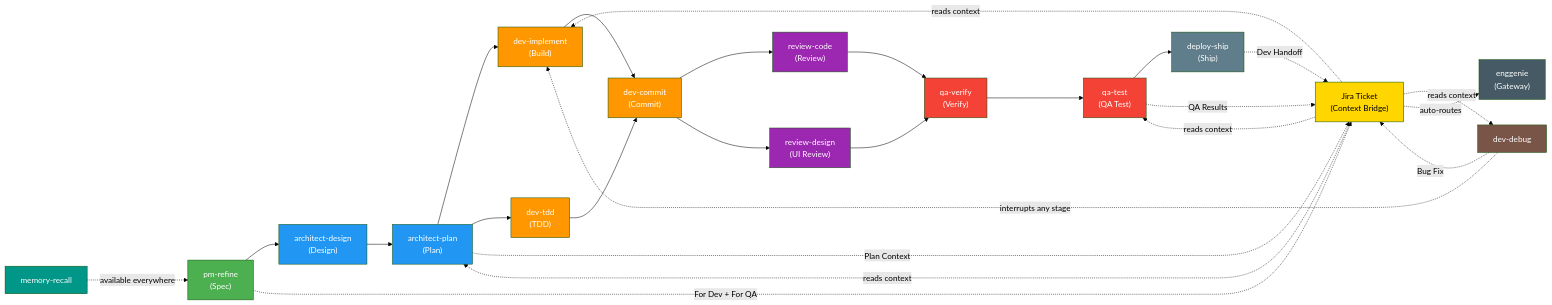
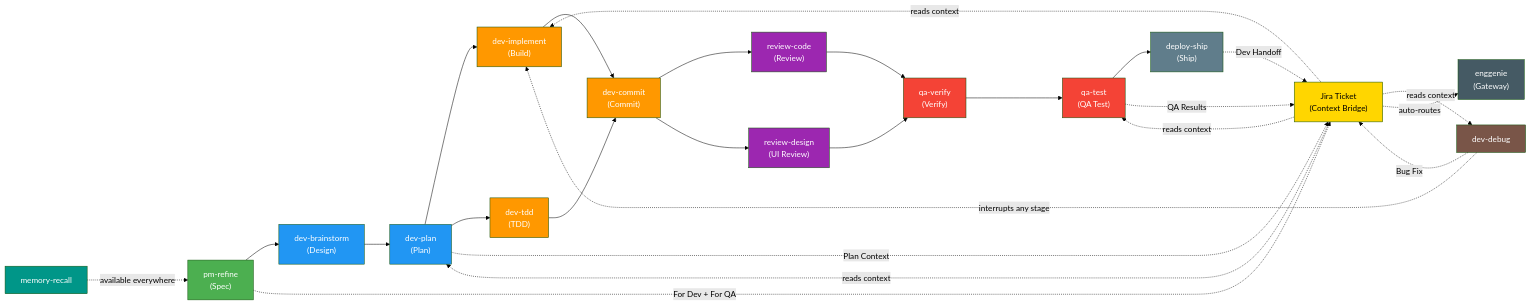
The diagram in README.md (badrusiddique/enggenie-skill), drawn with Mermaid (forest theme) before and after one commit. The commit also changed other lines of this file and 26 other files, not shown here.

First line of the commit message:
rename architect-design/plan to dev-brainstorm/dev-plan, update estimation to t-shirt sizing

````diff
--- a/README.md
+++ b/README.md
@@ -276,46 +276,46 @@
 ```mermaid
 flowchart LR
-    PM["pm-refine\n(Spec)"] --> AD["architect-design\n(Design)"]
-    AD --> AP["architect-plan\n(Plan)"]
+    PM["pm-refine\n(Spec)"] --> AD["dev-brainstorm\n(Design)"]
+    AD --> AP["dev-plan\n(Plan)"]
     AP --> DI["dev-implement\n(Build)"]
     AP --> DT["dev-tdd\n(TDD)"]
     DI --> DC["dev-commit\n(Commit)"]
     DT --> DC
     DC --> RC["review-code\n(Review)"]
     DC --> RD["review-design\n(UI Review)"]
     RC --> QV["qa-verify\n(Verify)"]
     RD --> QV
     QV --> QT["qa-test\n(QA Test)"]
     QT --> DS["deploy-ship\n(Ship)"]
 
     DB["dev-debug"] -.->|interrupts any stage| DI
     MR["memory-recall"] -.->|available everywhere| PM
 
     JIRA["Jira Ticket\n(Context Bridge)"]
     PM -.->|For Dev + For QA| JIRA
     AP -.->|Plan Context| JIRA
     DS -.->|Dev Handoff| JIRA
     QT -.->|QA Results| JIRA
     DB -.->|Bug Fix| JIRA
     JIRA -.->|reads context| AP
     JIRA -.->|reads context| DI
     JIRA -.->|reads context| QT
     JIRA -.->|reads context| DB
     JIRA -.->|auto-routes| GW["enggenie\n(Gateway)"]
 
     style PM fill:#4CAF50,color:#fff
     style AD fill:#2196F3,color:#fff
     style AP fill:#2196F3,color:#fff
     style DI fill:#FF9800,color:#fff
     style DT fill:#FF9800,color:#fff
     style DC fill:#FF9800,color:#fff
     style RC fill:#9C27B0,color:#fff
     style RD fill:#9C27B0,color:#fff
     style QV fill:#F44336,color:#fff
     style QT fill:#F44336,color:#fff
     style DS fill:#607D8B,color:#fff
     style DB fill:#795548,color:#fff
     style MR fill:#009688,color:#fff
     style JIRA fill:#FFD600,color:#000
     style GW fill:#455A64,color:#fff
 ```
````
